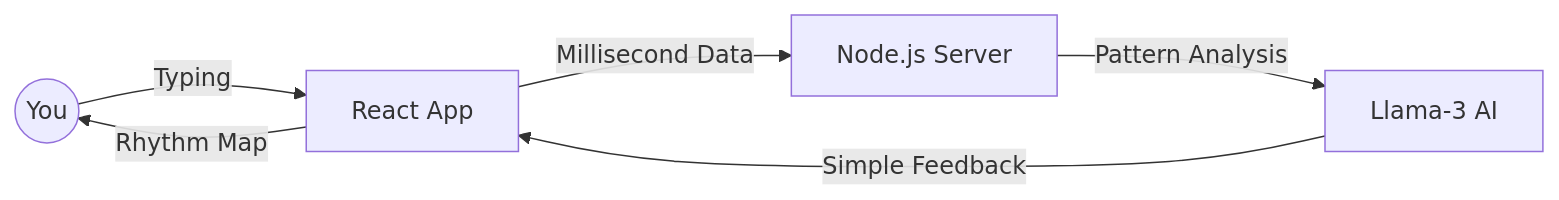
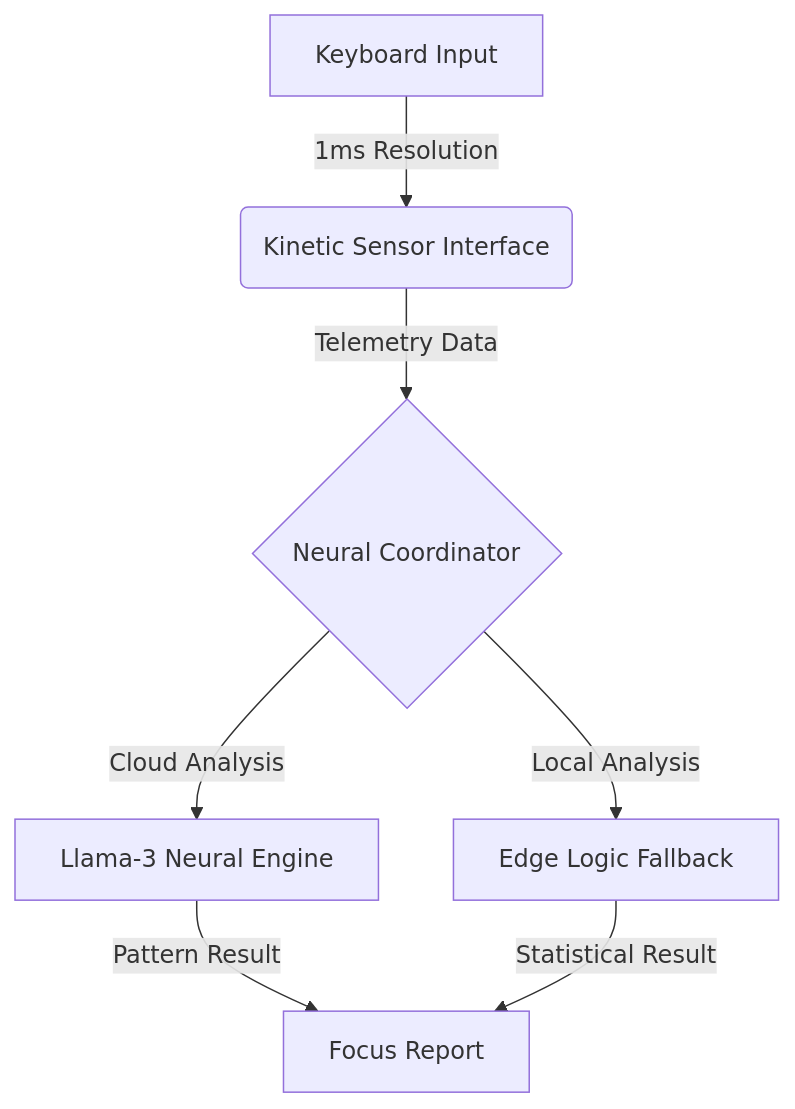
The diagram in README.md (Asma-345/CognitoTracker), drawn with Mermaid before and after one commit. The commit also changed other lines of this file and 2 other files, not shown here.

First line of the commit message:
feat: Enhance AI analysis prompt and UI text

````diff
--- a/README.md
+++ b/README.md
@@ -24,8 +14,9 @@
 ```mermaid
-graph LR
-    User((You)) -->|Typing| UI[React App]
-    UI -->|Millisecond Data| Server[Node.js Server]
-    Server -->|Pattern Analysis| AI[Llama-3 AI]
-    AI -->|Simple Feedback| UI
-    UI -->|Rhythm Map| User
+graph TD
+    A[Keyboard Input] -->|1ms Resolution| B(Kinetic Sensor Interface)
+    B -->|Telemetry Data| C{Neural Coordinator}
+    C -->|Cloud Analysis| D[Llama-3 Neural Engine]
+    C -->|Local Analysis| E[Edge Logic Fallback]
+    D -->|Pattern Result| F[Focus Report]
+    E -->|Statistical Result| F
 ```
````
